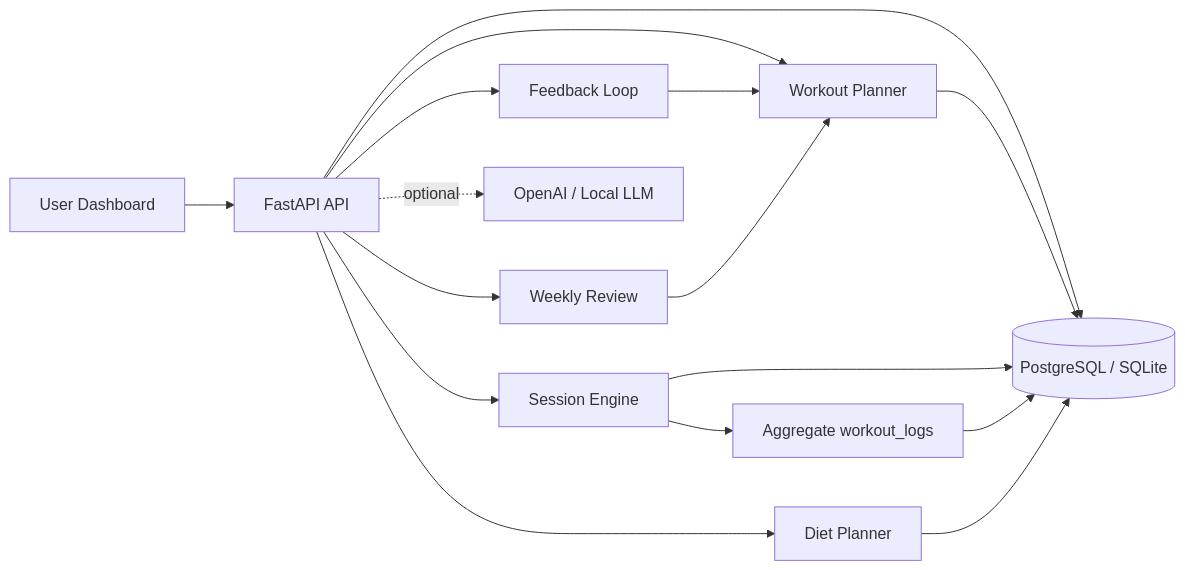
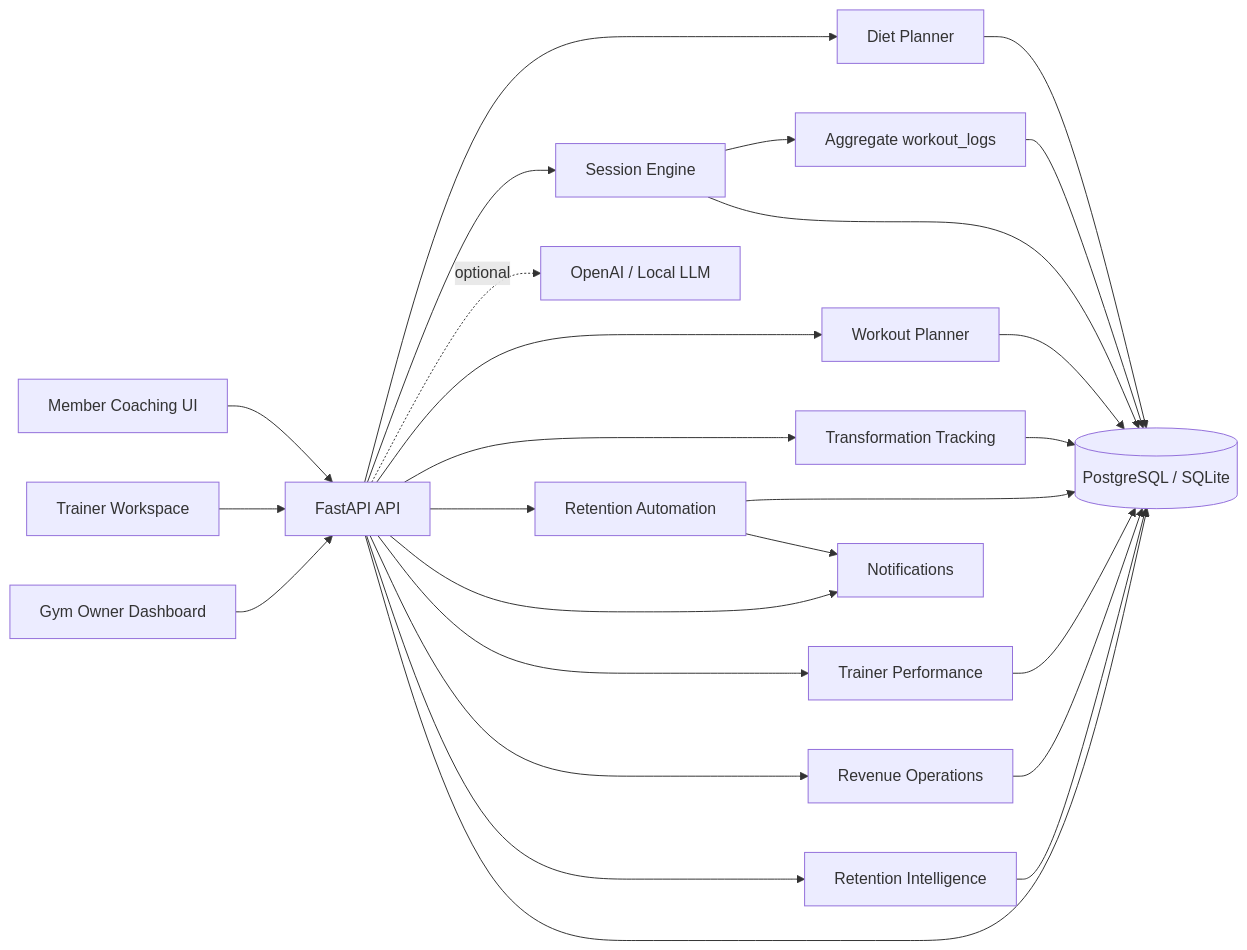
One commit to harshraj78/FitGen.ai changed the diagram in README.md. Above: the diagram before and after it, drawn with Mermaid. The commit also changed other lines of this file and 6 other files, not shown here.

````diff
--- a/README.md
+++ b/README.md
@@ -140,18 +173,28 @@
 ```mermaid
 flowchart LR
-    U["User Dashboard"] --> API["FastAPI API"]
+    OWNER["Gym Owner Dashboard"] --> API["FastAPI API"]
+    TRAINER["Trainer Workspace"] --> API
+    MEMBER["Member Coaching UI"] --> API
     API --> DB[("PostgreSQL / SQLite")]
+    API --> RI["Retention Intelligence"]
+    API --> RO["Revenue Operations"]
+    API --> TP["Trainer Performance"]
+    API --> RA["Retention Automation"]
+    API --> TS["Transformation Tracking"]
     API --> WP["Workout Planner"]
     API --> SE["Session Engine"]
     API --> DP["Diet Planner"]
-    API --> FR["Feedback Loop"]
-    API --> WR["Weekly Review"]
+    API --> N["Notifications"]
+    RI --> DB
+    RO --> DB
+    TP --> DB
+    RA --> N
+    RA --> DB
+    TS --> DB
     WP --> DB
     SE --> DB
     SE --> WL["Aggregate workout_logs"]
     WL --> DB
     DP --> DB
-    FR --> WP
-    WR --> WP
     API -. optional .-> LLM["OpenAI / Local LLM"]
 ```
````
